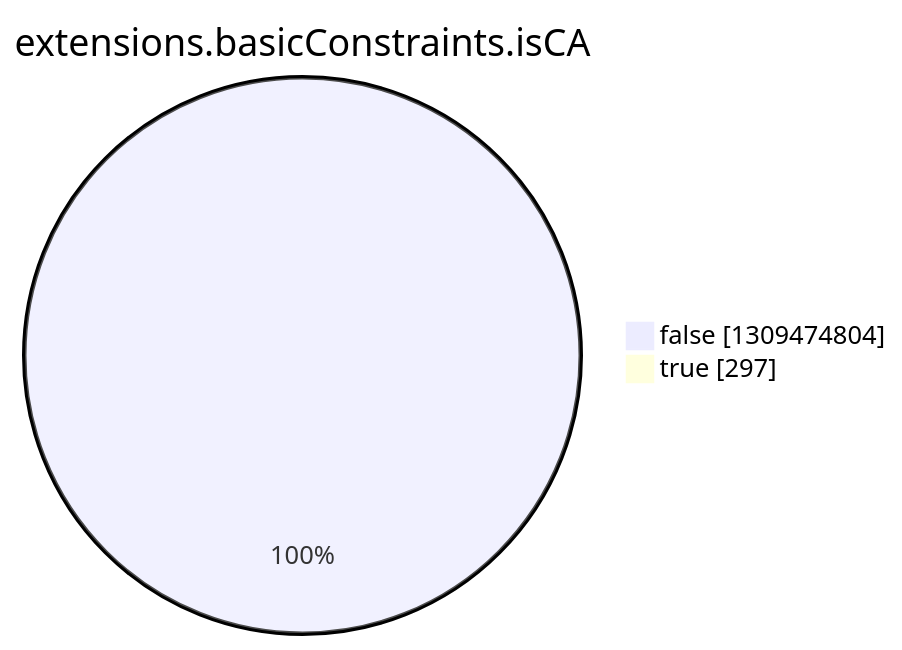
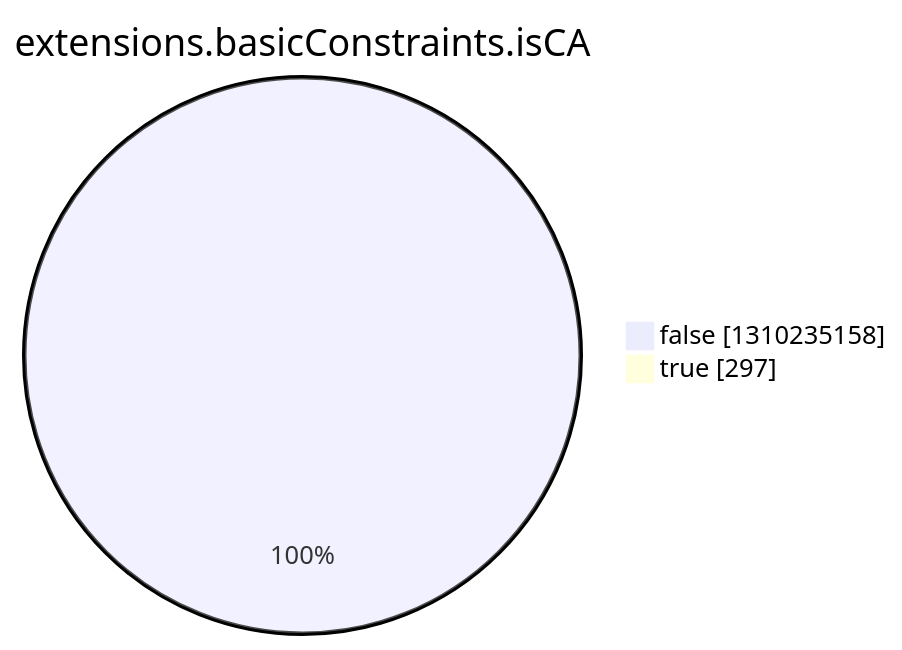
The eighth of 15 diagrams in argon2022/README.md (christiankrug/ctmonitor_visualization), drawn with Mermaid before and after one commit. The commit also changed other lines of this file, not shown here.

````diff
--- a/argon2022/README.md
+++ b/argon2022/README.md
@@ -2757,6 +2758,6 @@
 ```mermaid
 pie showData
 title extensions.basicConstraints.isCA
-"false" :1309474804
+"false" :1310235158
 "true" :297
 ```
````
